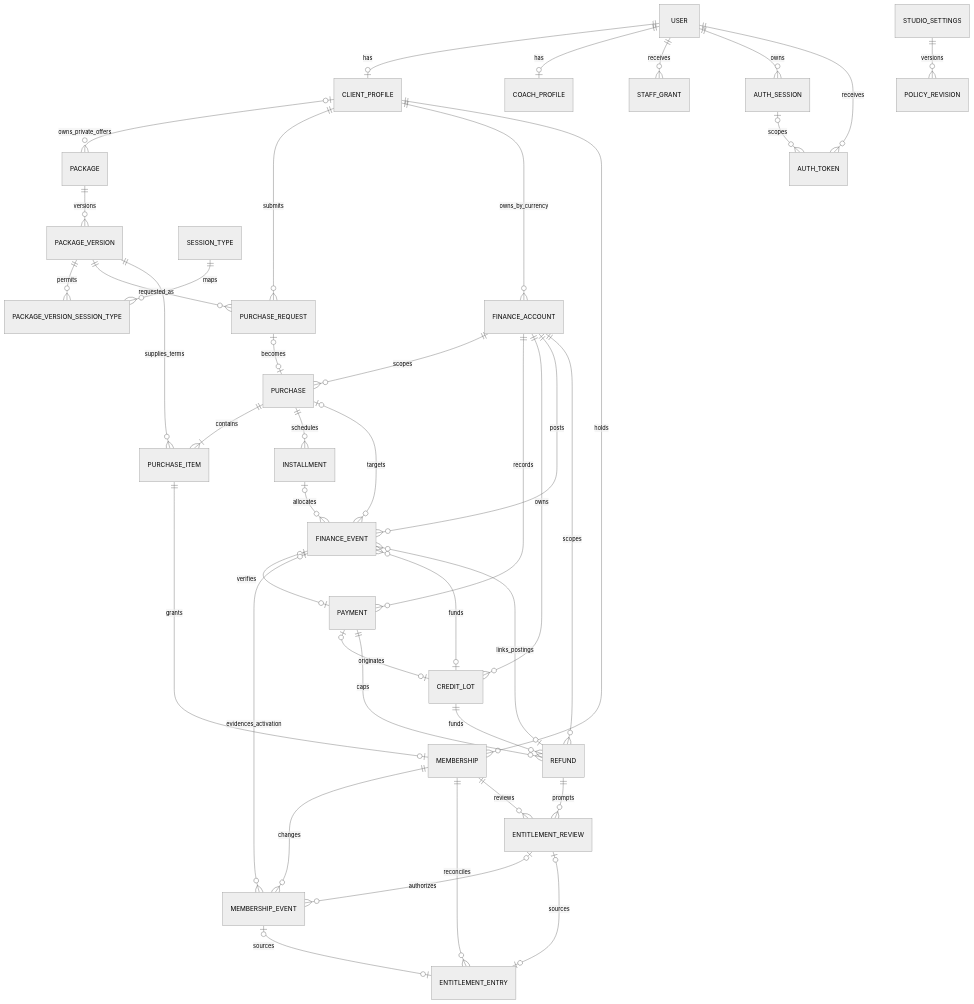
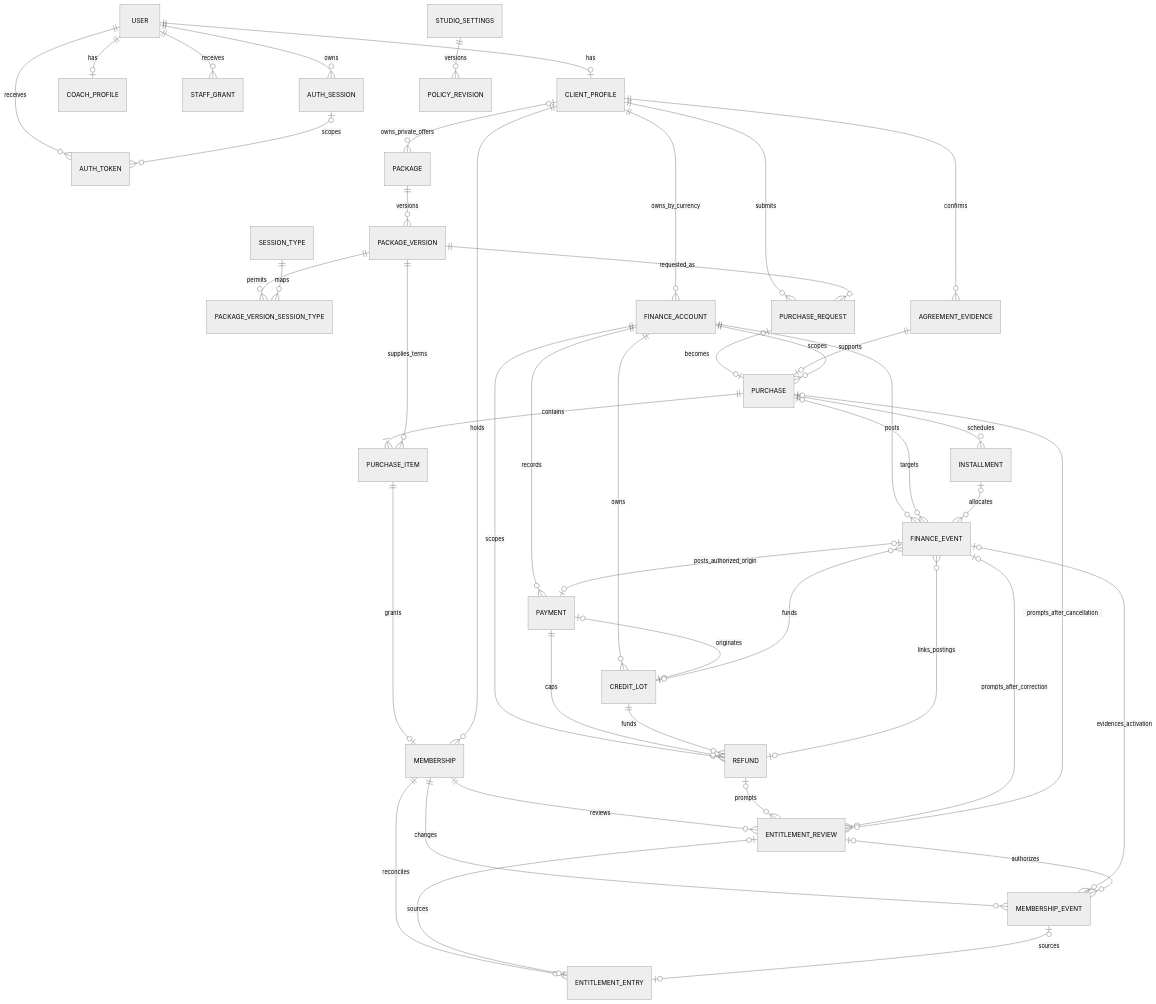
One commit to Strength-studio/strength-studio-backend changed the first of 2 diagrams in docs/domain-model.md. Above: the diagram before and after it, drawn with Mermaid (neutral theme). The commit also changed other lines of this file and 27 other files, not shown here.

````diff
--- a/docs/domain-model.md
+++ b/docs/domain-model.md
@@ -7,44 +7,48 @@
 ```mermaid
 erDiagram
     USER ||--o| CLIENT_PROFILE : has
     USER ||--o| COACH_PROFILE : has
     USER ||--o{ STAFF_GRANT : receives
     USER ||--o{ AUTH_SESSION : owns
     USER ||--o{ AUTH_TOKEN : receives
     AUTH_SESSION o|--o{ AUTH_TOKEN : scopes
     STUDIO_SETTINGS ||--o{ POLICY_REVISION : versions
     CLIENT_PROFILE o|--o{ PACKAGE : owns_private_offers
     PACKAGE ||--o{ PACKAGE_VERSION : versions
     PACKAGE_VERSION ||--o{ PACKAGE_VERSION_SESSION_TYPE : permits
     SESSION_TYPE ||--o{ PACKAGE_VERSION_SESSION_TYPE : maps
     CLIENT_PROFILE ||--o{ PURCHASE_REQUEST : submits
     PACKAGE_VERSION ||--o{ PURCHASE_REQUEST : requested_as
     PURCHASE_REQUEST o|--o| PURCHASE : becomes
+    CLIENT_PROFILE ||--o{ AGREEMENT_EVIDENCE : confirms
+    AGREEMENT_EVIDENCE ||--o| PURCHASE : supports
     CLIENT_PROFILE ||--o{ FINANCE_ACCOUNT : owns_by_currency
     FINANCE_ACCOUNT ||--o{ PURCHASE : scopes
     PURCHASE ||--|{ PURCHASE_ITEM : contains
     PACKAGE_VERSION ||--o{ PURCHASE_ITEM : supplies_terms
     PURCHASE ||--o{ INSTALLMENT : schedules
     PURCHASE_ITEM ||--o| MEMBERSHIP : grants
     CLIENT_PROFILE ||--o{ MEMBERSHIP : holds
     FINANCE_ACCOUNT ||--o{ PAYMENT : records
     FINANCE_ACCOUNT ||--o{ CREDIT_LOT : owns
     FINANCE_ACCOUNT ||--o{ FINANCE_EVENT : posts
     FINANCE_ACCOUNT ||--o{ REFUND : scopes
     PAYMENT o|--o| CREDIT_LOT : originates
-    FINANCE_EVENT o|--o| PAYMENT : verifies
+    FINANCE_EVENT o|--o| PAYMENT : posts_authorized_origin
     CREDIT_LOT o|--o{ FINANCE_EVENT : funds
     PURCHASE o|--o{ FINANCE_EVENT : targets
     INSTALLMENT o|--o{ FINANCE_EVENT : allocates
     PAYMENT ||--o{ REFUND : caps
     CREDIT_LOT ||--o{ REFUND : funds
     REFUND o|--o{ FINANCE_EVENT : links_postings
     MEMBERSHIP ||--o{ MEMBERSHIP_EVENT : changes
     FINANCE_EVENT o|--o{ MEMBERSHIP_EVENT : evidences_activation
     MEMBERSHIP ||--o{ ENTITLEMENT_ENTRY : reconciles
     MEMBERSHIP ||--o{ ENTITLEMENT_REVIEW : reviews
-    REFUND ||--o{ ENTITLEMENT_REVIEW : prompts
+    REFUND o|--o{ ENTITLEMENT_REVIEW : prompts
+    FINANCE_EVENT o|--o{ ENTITLEMENT_REVIEW : prompts_after_correction
+    PURCHASE o|--o{ ENTITLEMENT_REVIEW : prompts_after_cancellation
     ENTITLEMENT_REVIEW o|--o{ MEMBERSHIP_EVENT : authorizes
     ENTITLEMENT_REVIEW o|--o| ENTITLEMENT_ENTRY : sources
     MEMBERSHIP_EVENT o|--o| ENTITLEMENT_ENTRY : sources
 ```
````
